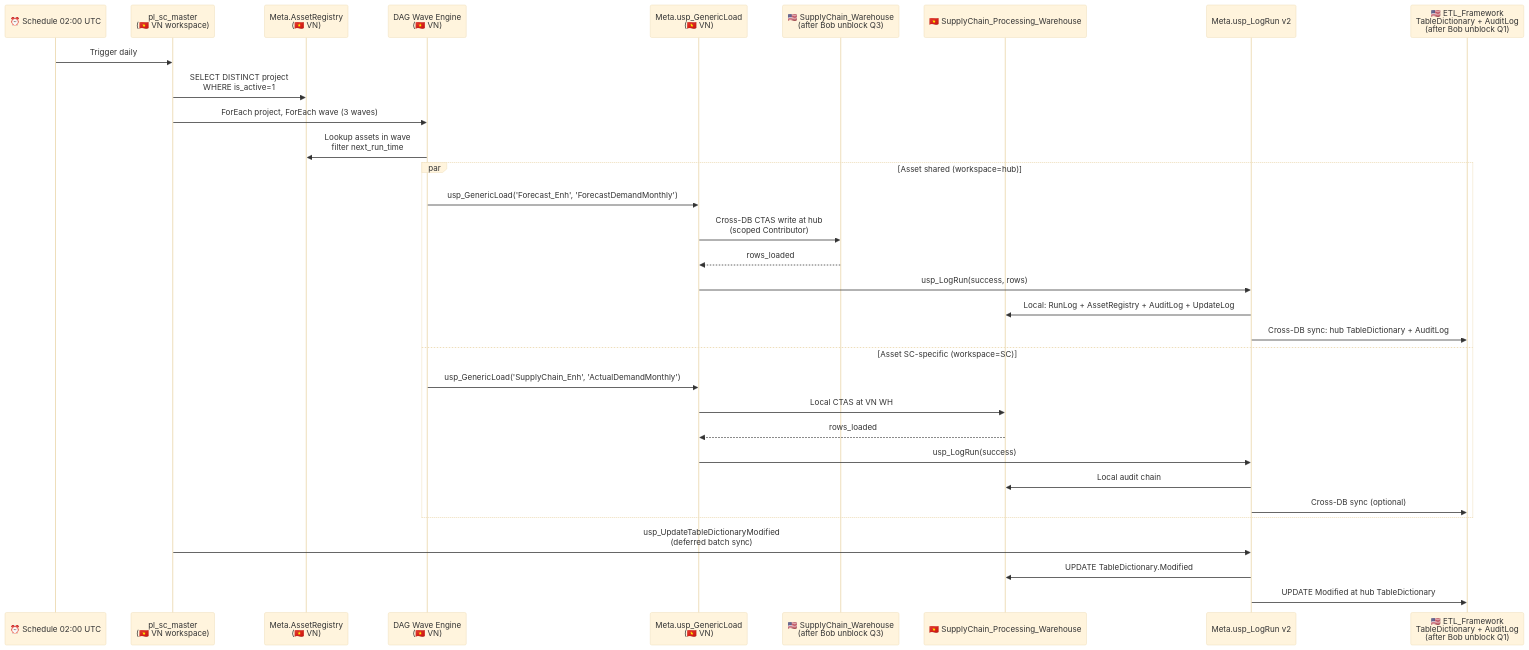
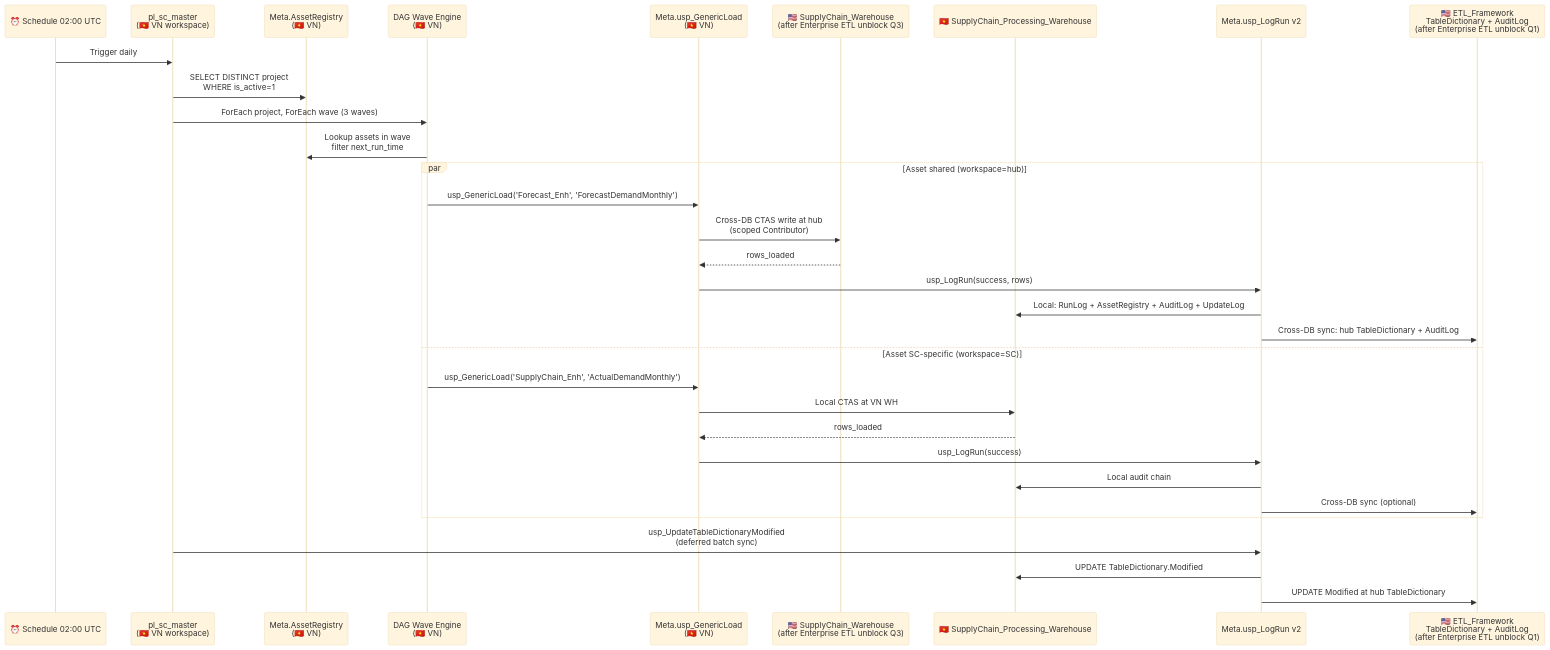
Before and after one commit to ankinguyen-engineer-2002/data-architecture-microsoft-medallion-vietnam-data-hub: the second of 4 diagrams in 99_archive/reverse-engineering/enterprise_data_architect/diagrams/cross_workspace_flow.md, drawn with Mermaid (base theme). The commit also changed other lines of this file and 338 other files, not shown here.

Commit message:
docs: canonicalize enterprise etl naming

````diff
--- a/99_archive/reverse-engineering/enterprise_data_architect/diagrams/cross_workspace_flow.md
+++ b/99_archive/reverse-engineering/enterprise_data_architect/diagrams/cross_workspace_flow.md
@@ -71,37 +71,37 @@
 ```mermaid
 sequenceDiagram
     participant T as ⏰ Schedule 02:00 UTC
     participant M as pl_sc_master<br/>(🇻🇳 VN workspace)
     participant Reg as Meta.AssetRegistry<br/>(🇻🇳 VN)
     participant W as DAG Wave Engine<br/>(🇻🇳 VN)
     participant GL as Meta.usp_GenericLoad<br/>(🇻🇳 VN)
-    participant HUB as 🇺🇸 SupplyChain_Warehouse<br/>(after Bob unblock Q3)
+    participant HUB as 🇺🇸 SupplyChain_Warehouse<br/>(after Enterprise ETL unblock Q3)
     participant SC as 🇻🇳 SupplyChain_Processing_Warehouse
     participant Log as Meta.usp_LogRun v2
-    participant ETL as 🇺🇸 ETL_Framework<br/>TableDictionary + AuditLog<br/>(after Bob unblock Q1)
+    participant ETL as 🇺🇸 ETL_Framework<br/>TableDictionary + AuditLog<br/>(after Enterprise ETL unblock Q1)
 
     T->>M: Trigger daily
     M->>Reg: SELECT DISTINCT project<br/>WHERE is_active=1
     M->>W: ForEach project, ForEach wave (3 waves)
     W->>Reg: Lookup assets in wave<br/>filter next_run_time
 
     par Asset shared (workspace=hub)
         W->>GL: usp_GenericLoad('Forecast_Enh', 'ForecastDemandMonthly')
         GL->>HUB: Cross-DB CTAS write at hub<br/>(scoped Contributor)
         HUB-->>GL: rows_loaded
         GL->>Log: usp_LogRun(success, rows)
         Log->>SC: Local: RunLog + AssetRegistry + AuditLog + UpdateLog
         Log->>ETL: Cross-DB sync: hub TableDictionary + AuditLog
     and Asset SC-specific (workspace=SC)
         W->>GL: usp_GenericLoad('SupplyChain_Enh', 'ActualDemandMonthly')
         GL->>SC: Local CTAS at VN WH
         SC-->>GL: rows_loaded
         GL->>Log: usp_LogRun(success)
         Log->>SC: Local audit chain
         Log->>ETL: Cross-DB sync (optional)
     end
 
     M->>Log: usp_UpdateTableDictionaryModified<br/>(deferred batch sync)
     Log->>SC: UPDATE TableDictionary.Modified
     Log->>ETL: UPDATE Modified at hub TableDictionary
 ```
````
